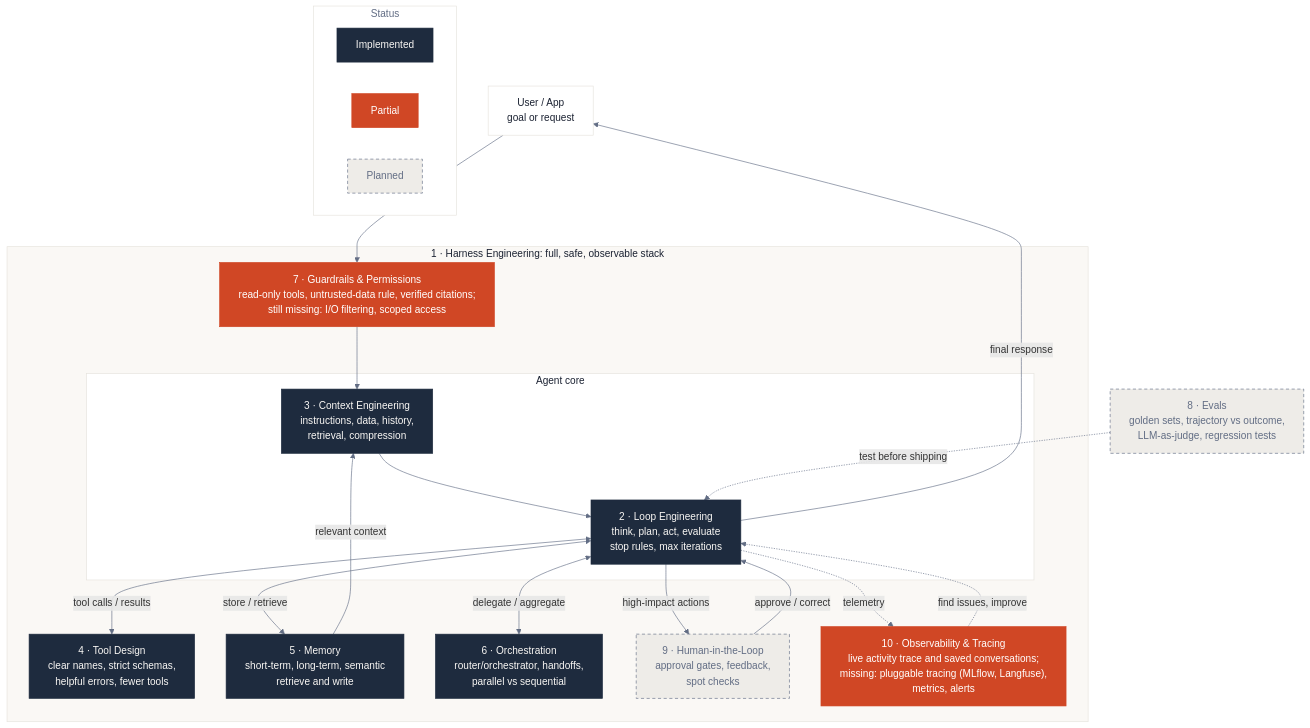
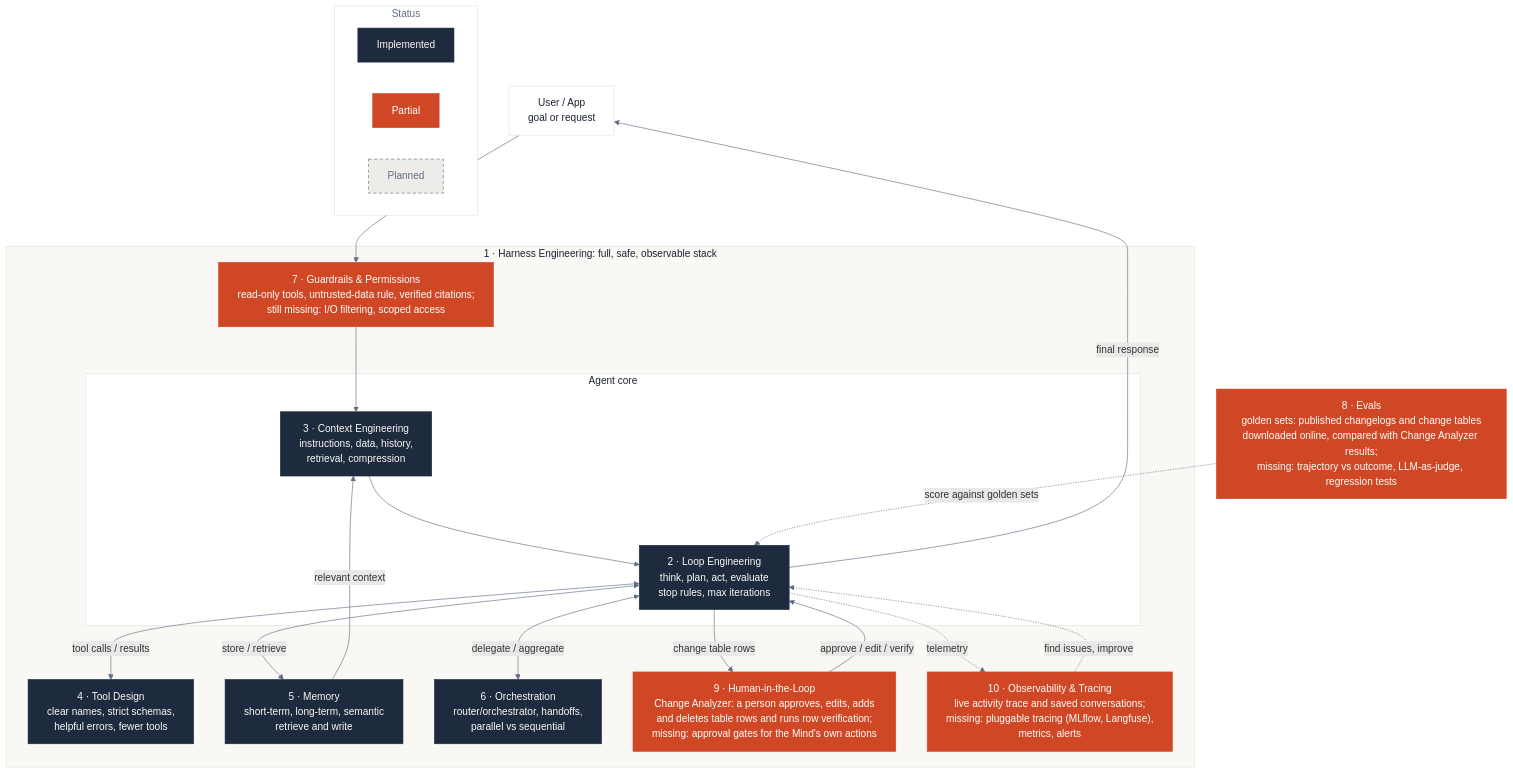
The diagram in docs/harness_diagram.mmd (yauheniya-ai/docsmind), drawn with Mermaid before and after one commit. The commit also changed 1 other file, not shown here.

Commit message:
docs: Update solution diagram

```diff
--- a/docs/harness_diagram.mmd
+++ b/docs/harness_diagram.mmd
@@ -1,66 +1,66 @@
 %%{init: {
   "flowchart": {
     "wrappingWidth": 400
   },
   "themeVariables": {
     "fontFamily": "Plus Jakarta Sans",
     "lineColor": "#626d84",
     "clusterBkg": "#faf8f5",
     "clusterBorder": "#e5e2dc"
   }
 }}%%
 flowchart TB
     subgraph LEGEND["Status"]
         direction LR
         L1["Implemented"]
         L2["Partial"]
         L3["Planned"]
     end
 
     U["User / App<br/>goal or request"]
-    EV["8 · Evals<br/>golden sets, trajectory vs outcome,<br/>LLM-as-judge, regression tests"]
+    EV["8 · Evals<br/>golden sets: published changelogs and change tables<br/>downloaded online, compared with Change Analyzer results;<br/>missing: trajectory vs outcome, LLM-as-judge, regression tests"]
 
     subgraph H["1 · Harness Engineering: full, safe, observable stack"]
         G["7 · Guardrails & Permissions<br/>read-only tools, untrusted-data rule, verified citations;<br/>still missing: I/O filtering, scoped access"]
 
         subgraph CORE["Agent core"]
             C["3 · Context Engineering<br/>instructions, data, history,<br/>retrieval, compression"]
             A["2 · Loop Engineering<br/>think, plan, act, evaluate<br/>stop rules, max iterations"]
             C --> A
         end
 
         T["4 · Tool Design<br/>clear names, strict schemas,<br/>helpful errors, fewer tools"]
         M["5 · Memory<br/>short-term, long-term, semantic<br/>retrieve and write"]
         O["6 · Orchestration<br/>router/orchestrator, handoffs,<br/>parallel vs sequential"]
-        HITL["9 · Human-in-the-Loop<br/>approval gates, feedback,<br/>spot checks"]
+        HITL["9 · Human-in-the-Loop<br/>Change Analyzer: a person approves, edits, adds<br/>and deletes table rows and runs row verification;<br/>missing: approval gates for the Mind's own actions"]
         OBS["10 · Observability & Tracing<br/>live activity trace and saved conversations;<br/>missing: pluggable tracing (MLflow, Langfuse),<br/> metrics, alerts"]
     end
 
     U --> G --> C
     A <-->|"tool calls / results"| T
     A <-->|"store / retrieve"| M
     M -->|"relevant context"| C
     A <-->|"delegate / aggregate"| O
-    A -->|"high-impact actions"| HITL
-    HITL -->|"approve / correct"| A
+    A -->|"change table rows"| HITL
+    HITL -->|"approve / edit / verify"| A
     A -.->|"telemetry"| OBS
     OBS -.->|"find issues, improve"| A
-    EV -.->|"test before shipping"| A
+    EV -.->|"score against golden sets"| A
     A -->|"final response"| U
 
     %% Palette from frontend/src/index.css
     %%   implemented = --primary (navy), partial = --accent (terracotta),
     %%   planned = --secondary / --muted-foreground (dashed)
     classDef done fill:#1e2b3e,stroke:#1e2b3e,color:#faf8f5
     classDef partial fill:#d04725,stroke:#d04725,color:#ffffff
     classDef planned fill:#eeece8,stroke:#626d84,color:#626d84,stroke-dasharray:5 4
     classDef actor fill:#ffffff,stroke:#e5e2dc,color:#1b2232
 
     class C,A,T,M,O,L1 done
-    class G,OBS,L2 partial
-    class HITL,EV,L3 planned
+    class G,OBS,HITL,EV,L2 partial
+    class L3 planned
     class U actor
 
     style H fill:#faf8f5,stroke:#e5e2dc,color:#1b2232
     style CORE fill:#ffffff,stroke:#e5e2dc,color:#1b2232
     style LEGEND fill:#ffffff,stroke:#e5e2dc,color:#626d84
```
